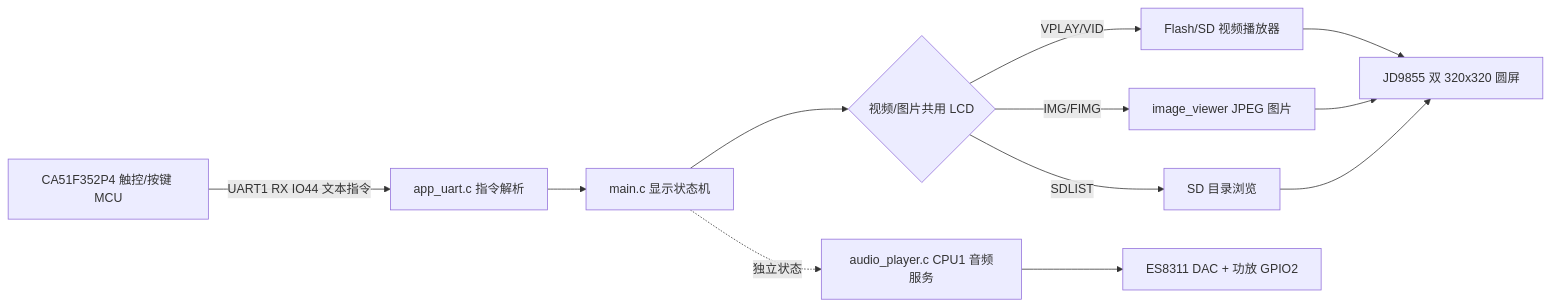
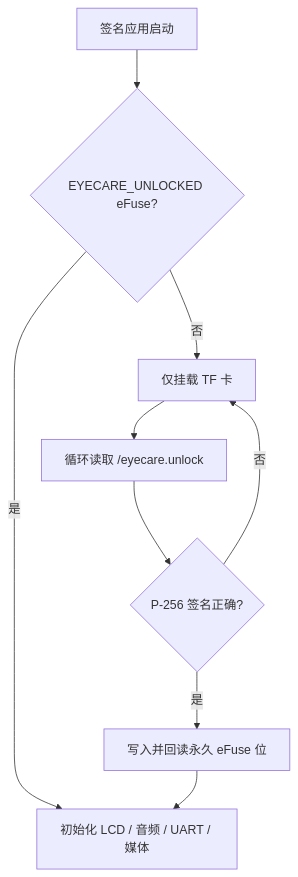
Before and after one commit to Mamekokwai/ESP32S3_Eye_protection_instrument: the first of 3 diagrams in info/Map/media_pipeline_archify.md, drawn with Mermaid. The commit also changed other lines of this file and 39 other files, not shown here.

First line of the commit message:
feat: Implement production unlock mechanism with secure boot and token verification

````diff
--- a/info/Map/media_pipeline_archify.md
+++ b/info/Map/media_pipeline_archify.md
@@ -8,14 +7,11 @@
 ```mermaid
-flowchart LR
-    CA51[CA51F352P4 触控/按键 MCU] -->|UART1 RX IO44 文本指令| UART[app_uart.c 指令解析]
-    UART --> STATE[main.c 显示状态机]
-    STATE --> DISP{视频/图片共用 LCD}
-    STATE -.独立状态.-> AUDIO[audio_player.c CPU1 音频服务]
-    DISP -->|VPLAY/VID| VPLAY[Flash/SD 视频播放器]
-    DISP -->|IMG/FIMG| IMG[image_viewer JPEG 图片]
-    DISP -->|SDLIST| SDLIST[SD 目录浏览]
-    VPLAY --> LCD[JD9855 双 320x320 圆屏]
-    IMG --> LCD
-    SDLIST --> LCD
-    AUDIO --> ES8311[ES8311 DAC + 功放 GPIO2]
+flowchart TD
+    BOOT[签名应用启动] --> FLAG{EYECARE_UNLOCKED eFuse?}
+    FLAG -->|是| APP[初始化 LCD / 音频 / UART / 媒体]
+    FLAG -->|否| SD[仅挂载 TF 卡]
+    SD --> TOKEN[循环读取 /eyecare.unlock]
+    TOKEN --> VERIFY{P-256 签名正确?}
+    VERIFY -->|否| SD
+    VERIFY -->|是| BURN[写入并回读永久 eFuse 位]
+    BURN --> APP
 ```
````
